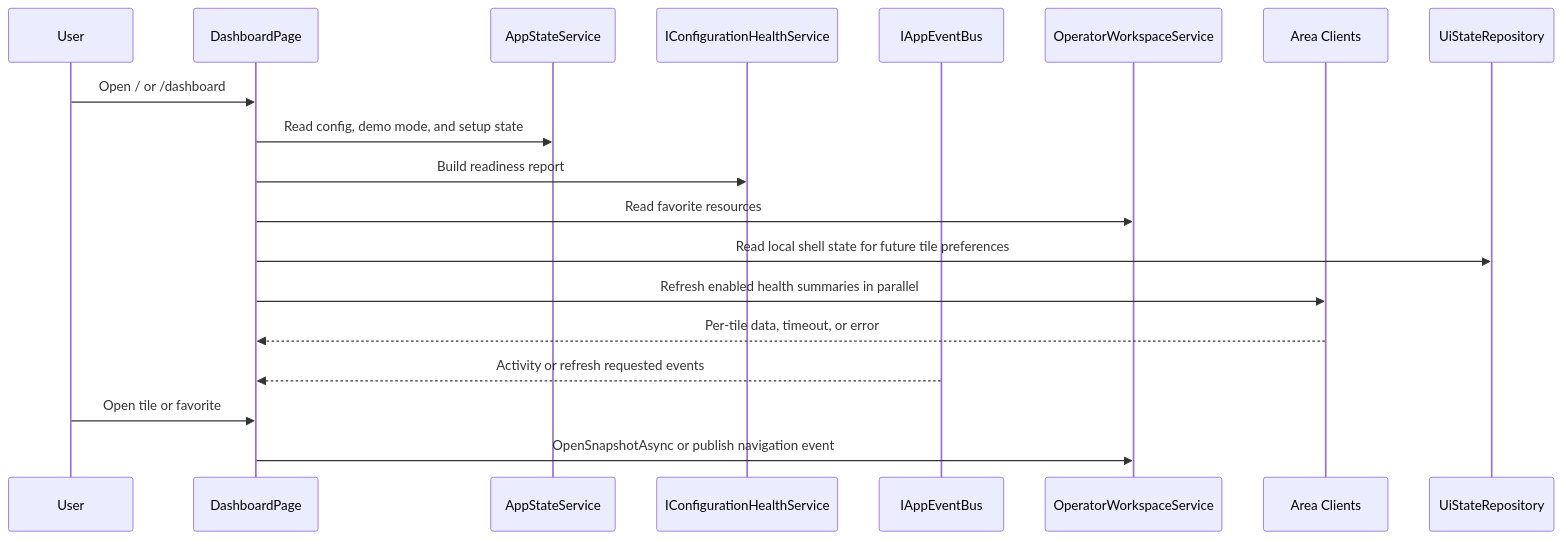
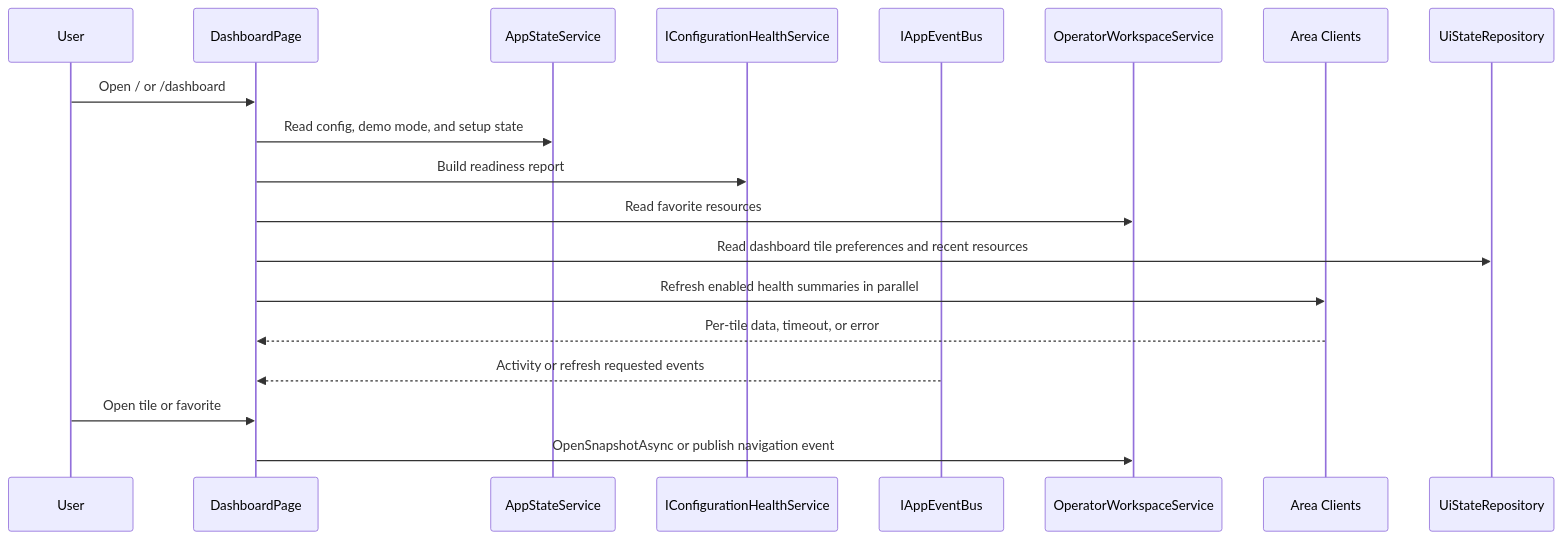
The third of 9 diagrams in docs/architecture/design.md (SWojtyla/SwebKit), drawn with Mermaid before and after one commit. The commit also changed other lines of this file and 20 other files, not shown here.

First line of the commit message:
Add dashboard tile management and preferences handling

````diff
--- a/docs/architecture/design.md
+++ b/docs/architecture/design.md
@@ -112,22 +112,22 @@
 ```mermaid
 sequenceDiagram
     participant User
     participant Dashboard as DashboardPage
     participant AppState as AppStateService
     participant Health as IConfigurationHealthService
     participant Events as IAppEventBus
     participant Workspace as OperatorWorkspaceService
     participant Integrations as Area Clients
     participant UiState as UiStateRepository
 
     User->>Dashboard: Open / or /dashboard
     Dashboard->>AppState: Read config, demo mode, and setup state
     Dashboard->>Health: Build readiness report
     Dashboard->>Workspace: Read favorite resources
-    Dashboard->>UiState: Read local shell state for future tile preferences
+    Dashboard->>UiState: Read dashboard tile preferences and recent resources
     Dashboard->>Integrations: Refresh enabled health summaries in parallel
     Integrations-->>Dashboard: Per-tile data, timeout, or error
     Events-->>Dashboard: Activity or refresh requested events
     User->>Dashboard: Open tile or favorite
     Dashboard->>Workspace: OpenSnapshotAsync or publish navigation event
 ```
````
